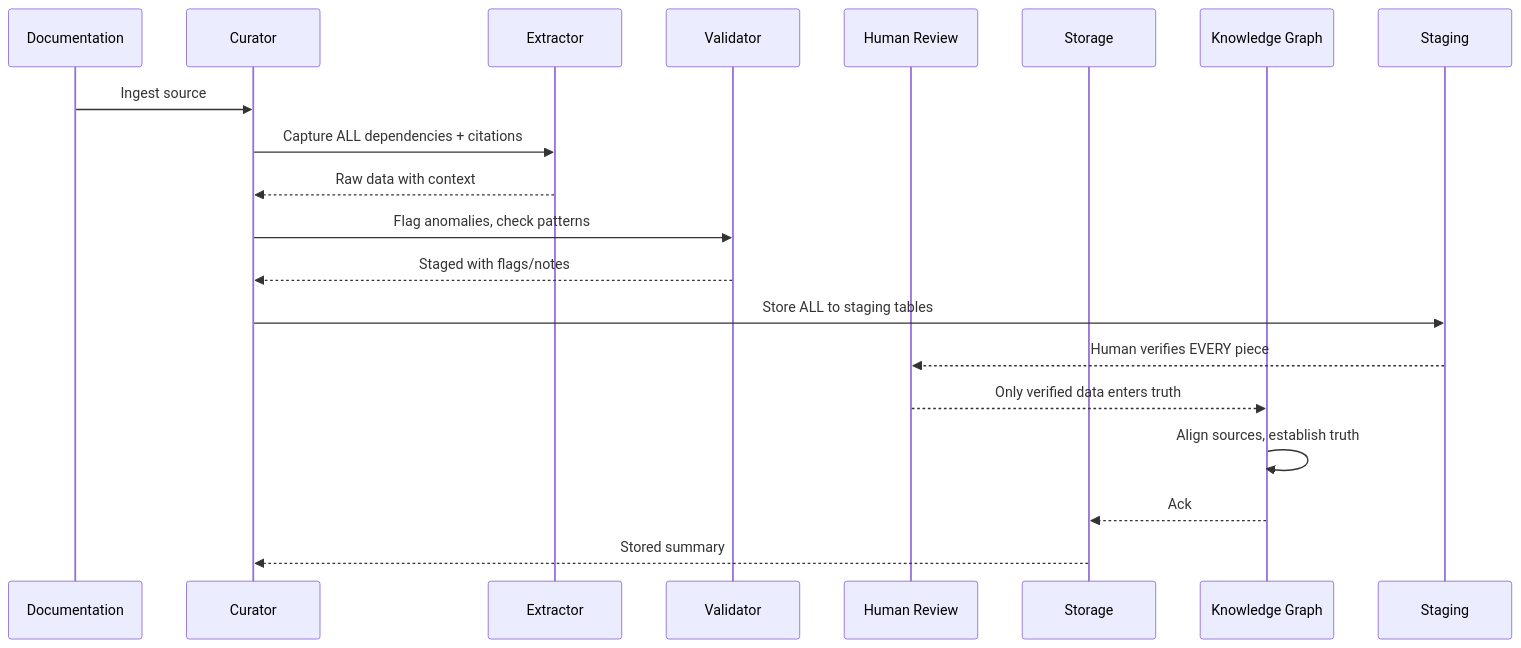
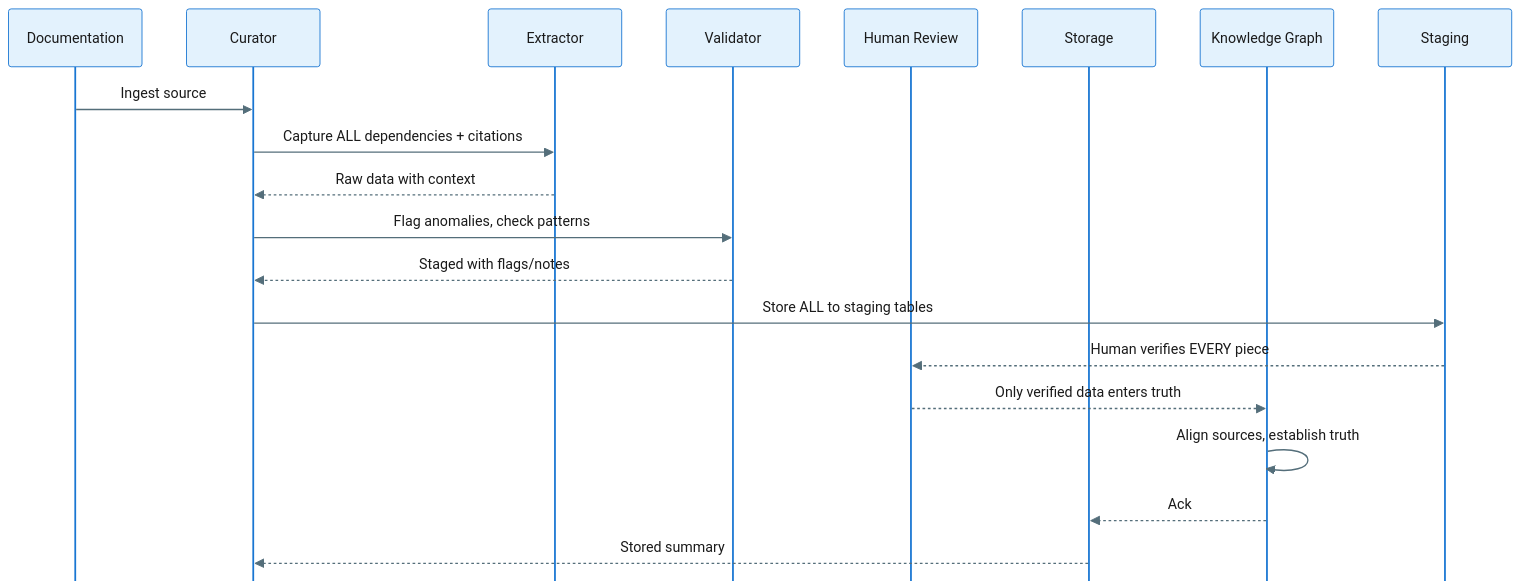
Before and after one commit to Lizo-RoadTown/PROVES_LIBRARY: the second of 2 diagrams in docs/index.md, drawn with Mermaid. The commit also changed other lines of this file and 14 other files, not shown here.

First line of the commit message:
Apply professional theme to all Mermaid diagrams

````diff
--- a/docs/index.md
+++ b/docs/index.md
@@ -104,22 +126,43 @@
 ```mermaid
+%%{init: {
+  'theme': 'base',
+  'themeVariables': {
+    'actorBkg': '#e3f2fd',
+    'actorBorder': '#1976d2',
+    'actorTextColor': '#1a1a1a',
+    'signalColor': '#546e7a',
+    'signalTextColor': '#1a1a1a',
+    'labelBoxBkgColor': '#fff8e1',
+    'labelBoxBorderColor': '#f9a825',
+    'loopTextColor': '#1a1a1a',
+    'noteBkgColor': '#f3e5f5',
+    'noteBorderColor': '#7b1fa2',
+    'fontFamily': 'system-ui, -apple-system, sans-serif',
+    'fontSize': '14px'
+  },
+  'sequence': {
+    'mirrorActors': false,
+    'messageAlign': 'center'
+  }
+}}%%
 sequenceDiagram
   participant Doc as Documentation
   participant Curator
   participant Extractor
   participant Validator
   participant Review as Human Review
   participant Storage
   participant Graph as Knowledge Graph
 
   Doc->>Curator: Ingest source
   Curator->>Extractor: Capture ALL dependencies + citations
   Extractor-->>Curator: Raw data with context
   Curator->>Validator: Flag anomalies, check patterns
   Validator-->>Curator: Staged with flags/notes
   Curator->>Staging: Store ALL to staging tables
   Staging-->>Review: Human verifies EVERY piece
   Review-->>Graph: Only verified data enters truth
   Graph->>Graph: Align sources, establish truth
   Graph-->>Storage: Ack
   Storage-->>Curator: Stored summary
 ```
````
